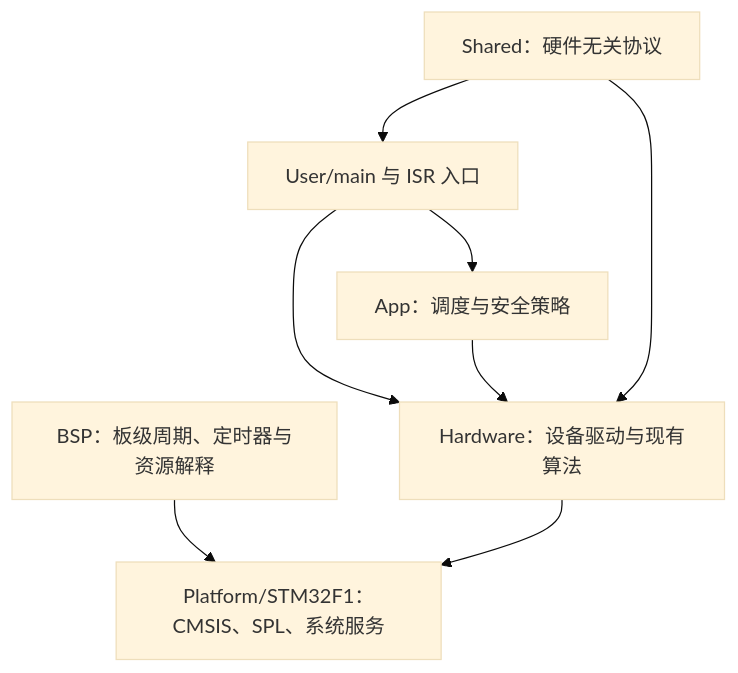
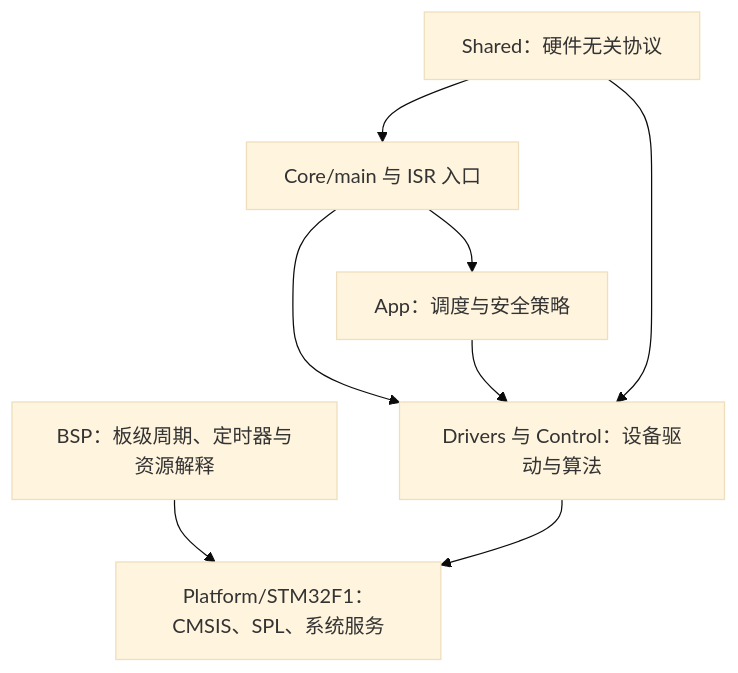
The first of 3 diagrams in docs/DEVELOP_ENGINEERING_LEARNING_GUIDE.md (psaalpha/Quadcopter), drawn with Mermaid (base theme) before and after one commit. The commit also changed other lines of this file and 143 other files, not shown here.

````diff
--- a/docs/DEVELOP_ENGINEERING_LEARNING_GUIDE.md
+++ b/docs/DEVELOP_ENGINEERING_LEARNING_GUIDE.md
@@ -136,17 +139,17 @@
 ```mermaid
 flowchart TB
-    USER["User/main 与 ISR 入口"]
+    USER["Core/main 与 ISR 入口"]
     APP["App：调度与安全策略"]
-    HW["Hardware：设备驱动与现有算法"]
+    HW["Drivers 与 Control：设备驱动与算法"]
     BSP["BSP：板级周期、定时器与资源解释"]
     SHARED["Shared：硬件无关协议"]
     PLATFORM["Platform/STM32F1：CMSIS、SPL、系统服务"]
 
     USER --> APP
     USER --> HW
     APP --> HW
     BSP --> PLATFORM
     HW --> PLATFORM
     SHARED --> USER
     SHARED --> HW
 ```
````
